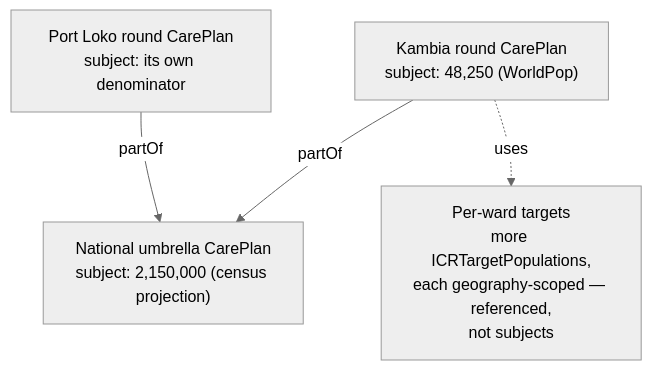
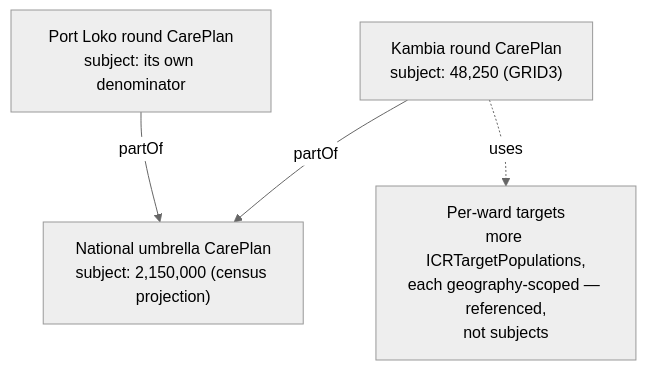
One commit to recodelabs/icr changed the second of 4 diagrams in project/icr-ig.md. Above: the diagram before and after it, drawn with Mermaid (neutral theme). The commit also changed other lines of this file and 6 other files, not shown here.

Commit message:
ICR IG v0.1 release round: mandatory denominator-source (+govt-estimate/unknown), estimateDate relaxed to 0..1, Immunization.expirationDate MS, ICRCampaignActivity in model-at-a-glance, supply-driven descoping example trio; align docs to IG source (GRID3)

````diff
--- a/project/icr-ig.md
+++ b/project/icr-ig.md
@@ -439,10 +439,10 @@
 ```mermaid
 graph TD
     N["National umbrella CarePlan<br/>subject: 2,150,000 (census projection)"]
-    D1["Kambia round CarePlan<br/>subject: 48,250 (WorldPop)"]
+    D1["Kambia round CarePlan<br/>subject: 48,250 (GRID3)"]
     D2["Port Loko round CarePlan<br/>subject: its own denominator"]
     W["Per-ward targets<br/>more ICRTargetPopulations,<br/>each geography-scoped — referenced,<br/>not subjects"]
     D1 -- partOf --> N
     D2 -- partOf --> N
     D1 -.uses.-> W
 ```
````
